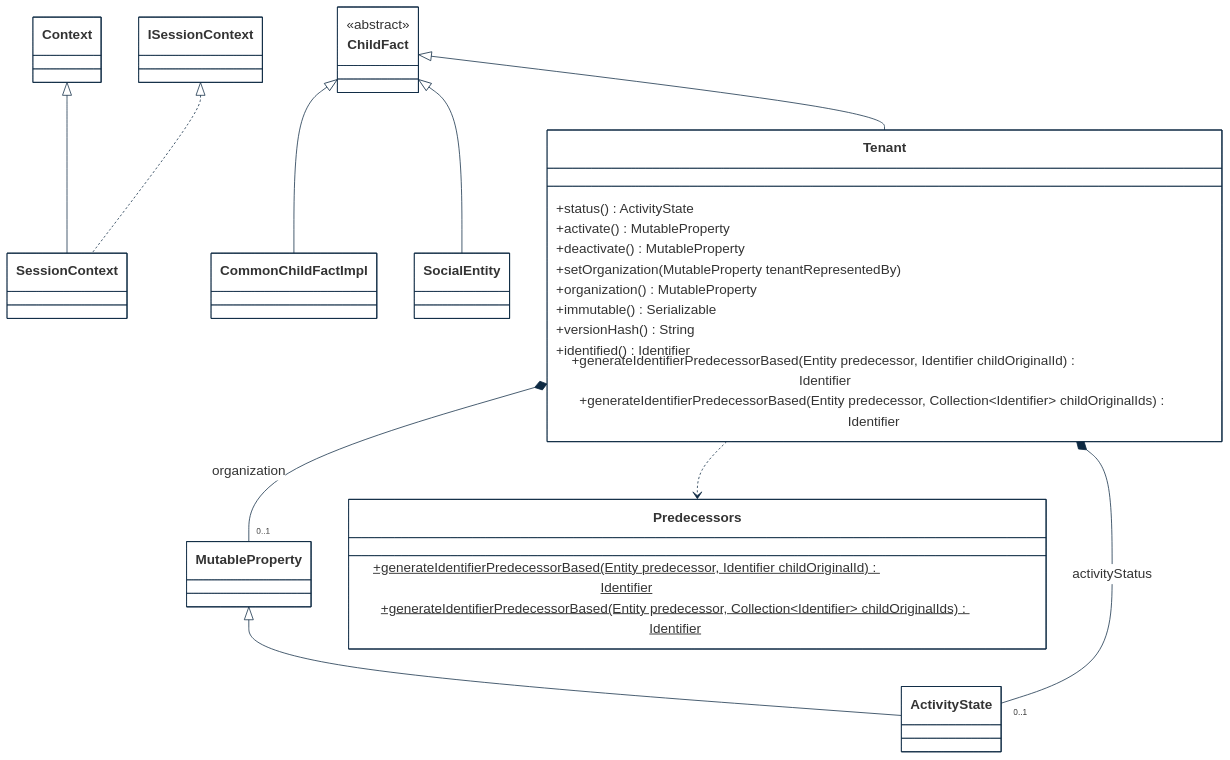
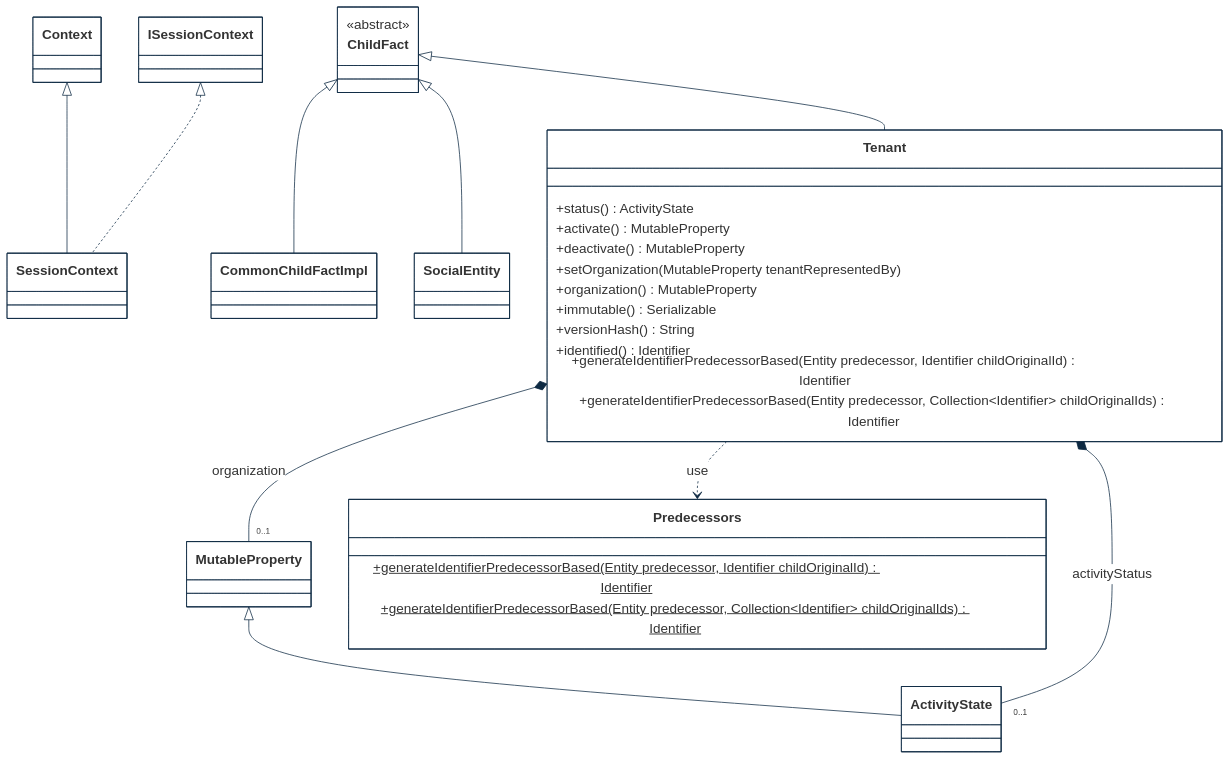
Before and after one commit to cybnity/foundation: the third of 6 diagrams in implementations-line/framework/domain/designview-packages.md, drawn with Mermaid. The commit also changed other lines of this file, not shown here.

````diff
--- a/implementations-line/framework/domain/designview-packages.md
+++ b/implementations-line/framework/domain/designview-packages.md
@@ -105,50 +105,50 @@
 ```mermaid
 %%{
   init: {
     'theme': 'base',
     'themeVariables': {
         'background': '#ffffff',
         'fontFamily': 'arial',
         'fontSize': '18px',
         'primaryColor': '#fff',
         'primaryBorderColor': '#0e2a43',
         'secondaryBorderColor': '#0e2a43',
         'tertiaryBorderColor': '#0e2a43',
         'edgeLabelBackground':'#0e2a43',
         'lineColor': '#0e2a43',
         'tertiaryColor': '#fff'
     }
   }
 }%%
 classDiagram
     Context <|-- SessionContext
     ISessionContext <|.. SessionContext
     ChildFact <|-- CommonChildFactImpl
     ChildFact <|-- SocialEntity
     ChildFact <|-- Tenant
     MutableProperty <|-- ActivityState
     Tenant *-- "0..1" MutableProperty : organization
     Tenant *-- "0..1" ActivityState : activityStatus
-    Tenant ..> Predecessors
+    Tenant ..> Predecessors : use
 
     class ChildFact {
         <<abstract>>
     }
     class Predecessors {
         +generateIdentifierPredecessorBased(Entity predecessor, Identifier childOriginalId)$ Identifier
         +generateIdentifierPredecessorBased(Entity predecessor, Collection~Identifier~ childOriginalIds)$ Identifier
     }
     class Tenant {
         +status() ActivityState
         +activate() MutableProperty
         +deactivate() MutableProperty
         +setOrganization(MutableProperty tenantRepresentedBy)
         +organization() MutableProperty
         +immutable() Serializable
         +versionHash() String
         +identified() Identifier
         +generateIdentifierPredecessorBased(Entity predecessor, Identifier childOriginalId) Identifier
         +generateIdentifierPredecessorBased(Entity predecessor, Collection~Identifier~ childOriginalIds) Identifier
     }
 
 ```
````
